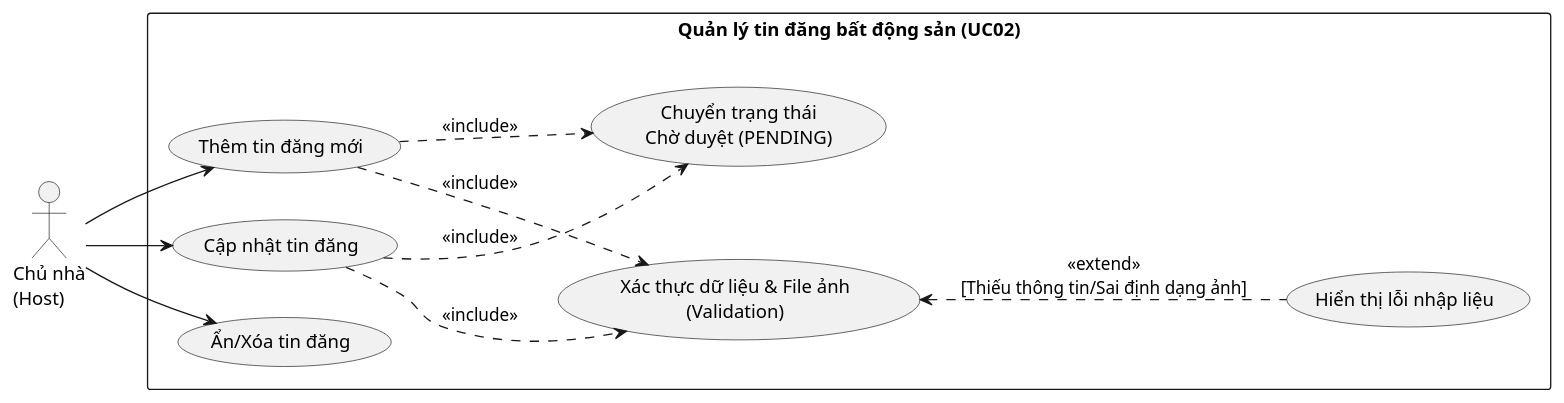
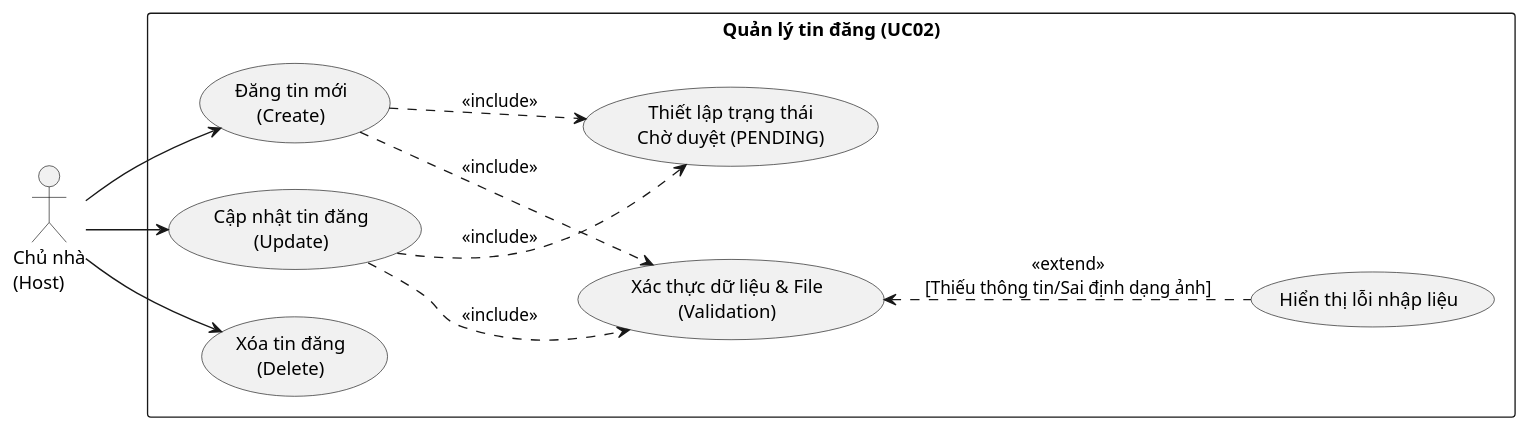
Before and after one commit to chishiya2309/LeaseLink-Backend: the diagram in src/main/java/vn/hcmute/edu/lequanghung_nguyenthaibao/backend/uml/UC02/uc2.puml, drawn with PlantUML. The commit also changed 8 other files, not shown here.

```diff
--- a/src/main/java/vn/hcmute/edu/lequanghung_nguyenthaibao/backend/uml/UC02/uc2.puml
+++ b/src/main/java/vn/hcmute/edu/lequanghung_nguyenthaibao/backend/uml/UC02/uc2.puml
@@ -1,32 +1,32 @@
 @startuml
 left to right direction
 skinparam packageStyle rectangle
 
 actor "Chủ nhà\n(Host)" as host
 
-package "Quản lý tin đăng bất động sản (UC02)" {
-    usecase "Thêm tin đăng mới" as UC_Create
-    usecase "Cập nhật tin đăng" as UC_Update
-    usecase "Ẩn/Xóa tin đăng" as UC_Delete
+package "Quản lý tin đăng (UC02)" {
+    usecase "Đăng tin mới\n(Create)" as UC_Create
+    usecase "Cập nhật tin đăng\n(Update)" as UC_Update
+    usecase "Xóa tin đăng\n(Delete)" as UC_Delete
 
-    usecase "Xác thực dữ liệu & File ảnh\n(Validation)" as UC_Validate
-    usecase "Chuyển trạng thái\nChờ duyệt (PENDING)" as UC_SetPending
+    usecase "Xác thực dữ liệu & File\n(Validation)" as UC_Validate
+    usecase "Thiết lập trạng thái\nChờ duyệt (PENDING)" as UC_SetPending
     usecase "Hiển thị lỗi nhập liệu" as UC_Error
 }
 
 ' Các thao tác chính của Actor
 host --> UC_Create
 host --> UC_Update
 host --> UC_Delete
 
 ' Các mối quan hệ Include (Bắt buộc phải có)
 UC_Create ..> UC_Validate : <<include>>
 UC_Update ..> UC_Validate : <<include>>
 
 UC_Create ..> UC_SetPending : <<include>>
 UC_Update ..> UC_SetPending : <<include>>
 
 ' Các mối quan hệ Extend (Luồng ngoại lệ)
 UC_Error .up.> UC_Validate : <<extend>>\n[Thiếu thông tin/Sai định dạng ảnh]
 
 @enduml
```
